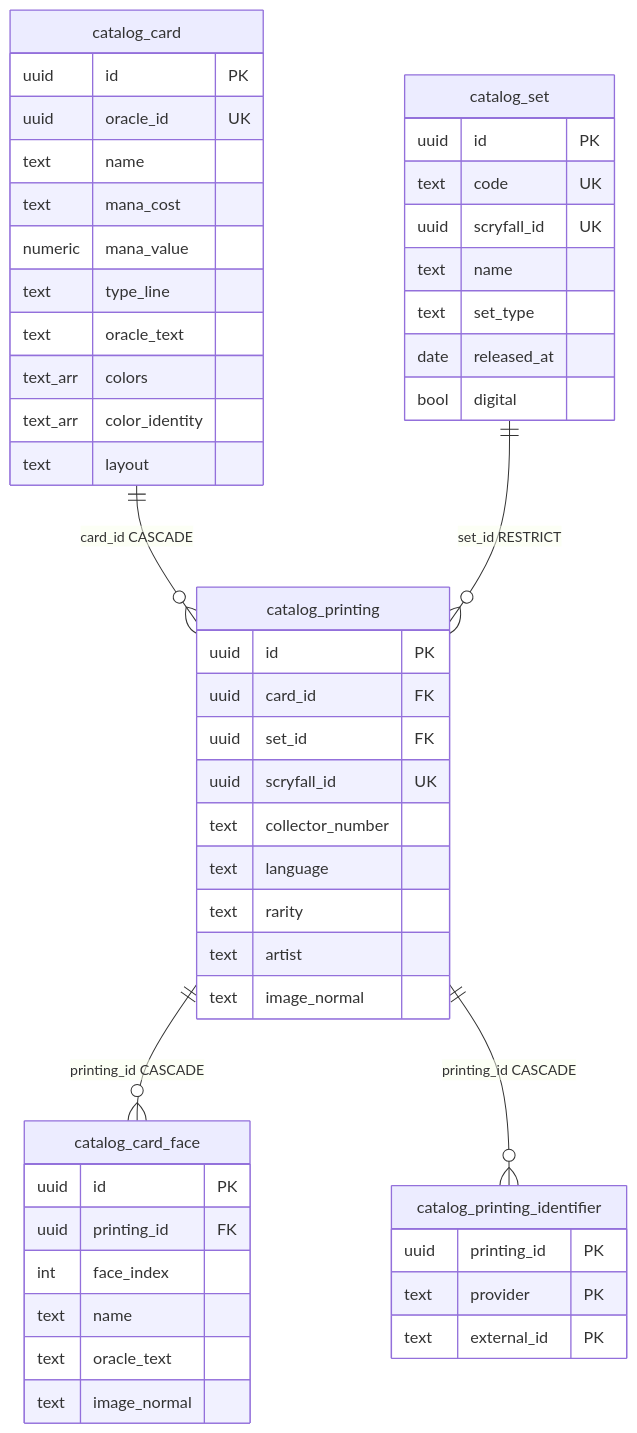
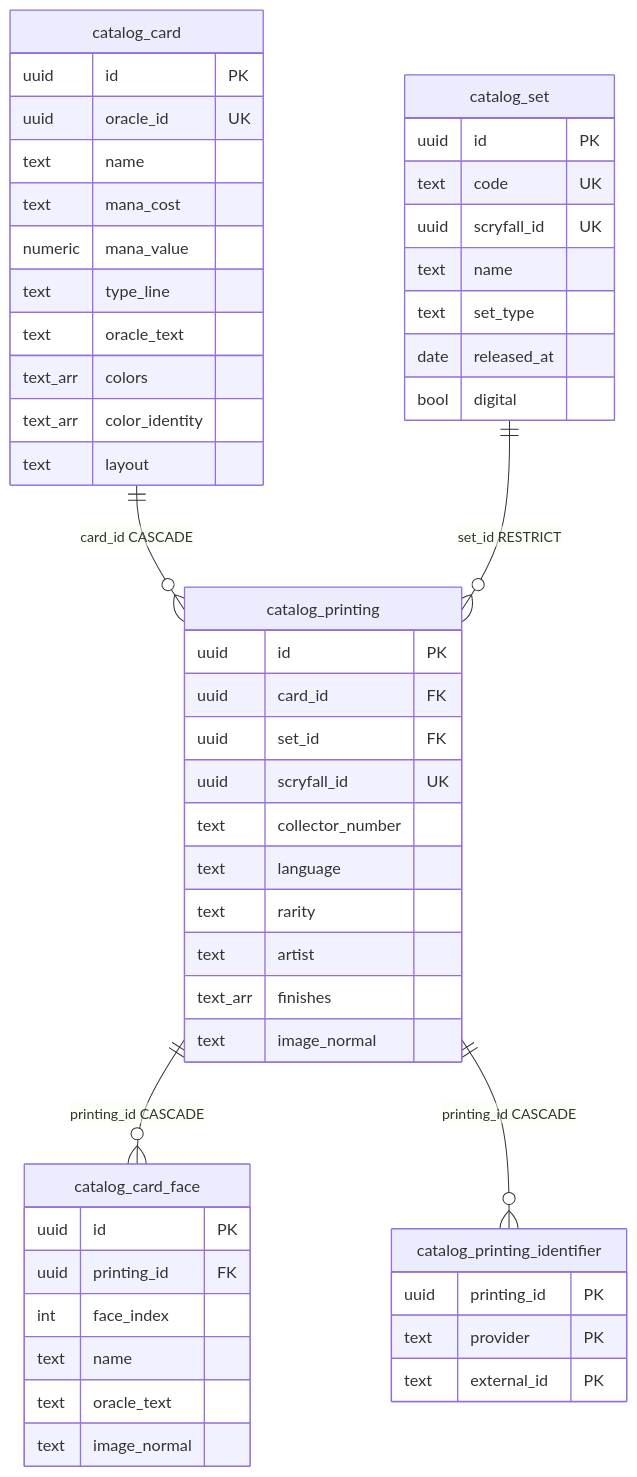
The diagram in docs/diagrams/erd-catalog.mmd (kevinmccartney/respark), drawn with Mermaid before and after one commit. The commit also changed 20 other files, not shown here.

```diff
--- a/docs/diagrams/erd-catalog.mmd
+++ b/docs/diagrams/erd-catalog.mmd
@@ -1,55 +1,56 @@
 erDiagram
   catalog_card ||--o{ catalog_printing : "card_id CASCADE"
   catalog_set ||--o{ catalog_printing : "set_id RESTRICT"
   catalog_printing ||--o{ catalog_card_face : "printing_id CASCADE"
   catalog_printing ||--o{ catalog_printing_identifier : "printing_id CASCADE"
 
   catalog_card {
     uuid id PK
     uuid oracle_id UK
     text name
     text mana_cost
     numeric mana_value
     text type_line
     text oracle_text
     text_arr colors
     text_arr color_identity
     text layout
   }
 
   catalog_set {
     uuid id PK
     text code UK
     uuid scryfall_id UK
     text name
     text set_type
     date released_at
     bool digital
   }
 
   catalog_printing {
     uuid id PK
     uuid card_id FK
     uuid set_id FK
     uuid scryfall_id UK
     text collector_number
     text language
     text rarity
     text artist
+    text_arr finishes
     text image_normal
   }
 
   catalog_card_face {
     uuid id PK
     uuid printing_id FK
     int face_index
     text name
     text oracle_text
     text image_normal
   }
 
   catalog_printing_identifier {
     uuid printing_id PK
     text provider PK
     text external_id PK
   }
```
